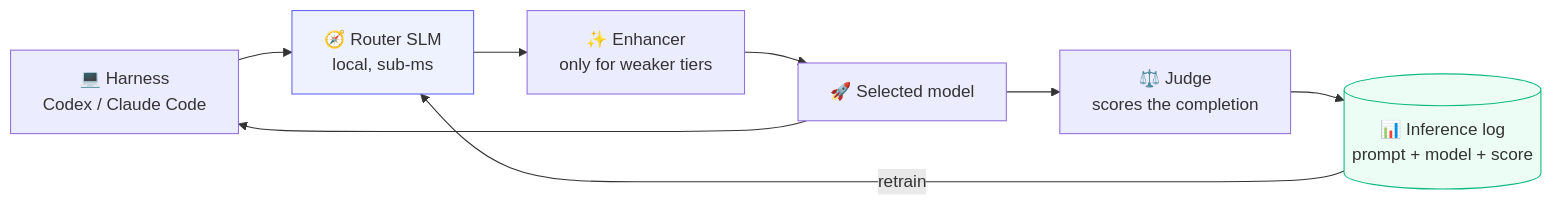
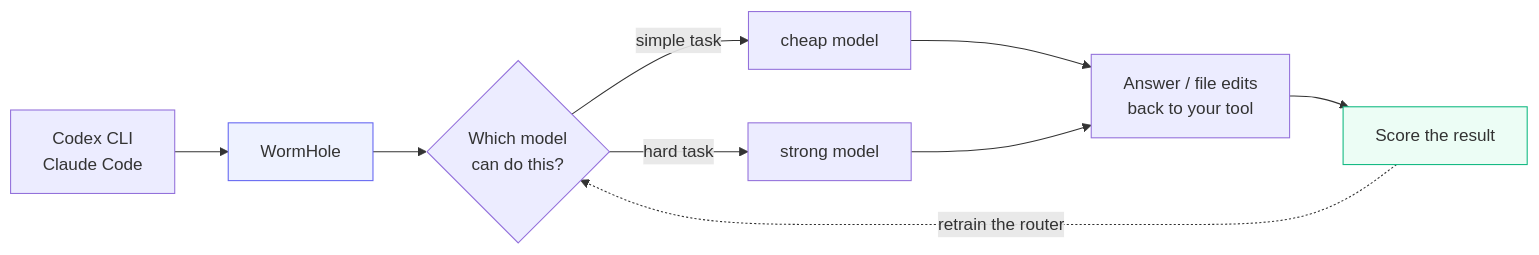
Before and after one commit to vencat2025/Wormhole: the diagram in README.md, drawn with Mermaid. The commit also changed other lines of this file and 4 other files, not shown here.

````diff
--- a/README.md
+++ b/README.md
@@ -572,13 +29,14 @@
 ```mermaid
 flowchart LR
-    H["💻 Harness\nCodex / Claude Code"] --> R["🧭 Router SLM\nlocal, sub-ms"]
-    R --> E["✨ Enhancer\nonly for weaker tiers"]
-    E --> M["🚀 Selected model"]
-    M --> H
-    M --> J["⚖️ Judge\nscores the completion"]
-    J --> DB[("📊 Inference log\nprompt + model + score")]
-    DB -->|"retrain"| R
+    A["Codex CLI<br/>Claude Code"] --> B["WormHole"]
+    B --> C{"Which model<br/>can do this?"}
+    C -->|"simple task"| D["cheap model"]
+    C -->|"hard task"| E["strong model"]
+    D --> F["Answer / file edits<br/>back to your tool"]
+    E --> F
+    F --> G["Score the result"]
+    G -.->|"retrain the router"| C
 
-    style R fill:#eef2ff,stroke:#6366f1
-    style DB fill:#ecfdf5,stroke:#10b981
+    style B fill:#eef2ff,stroke:#6366f1
+    style G fill:#ecfdf5,stroke:#10b981
 ```
````
